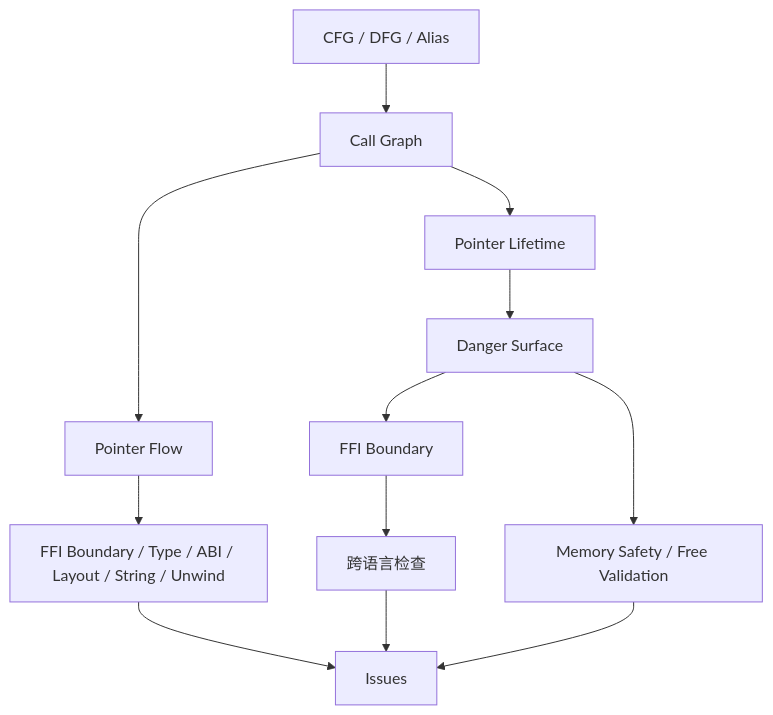
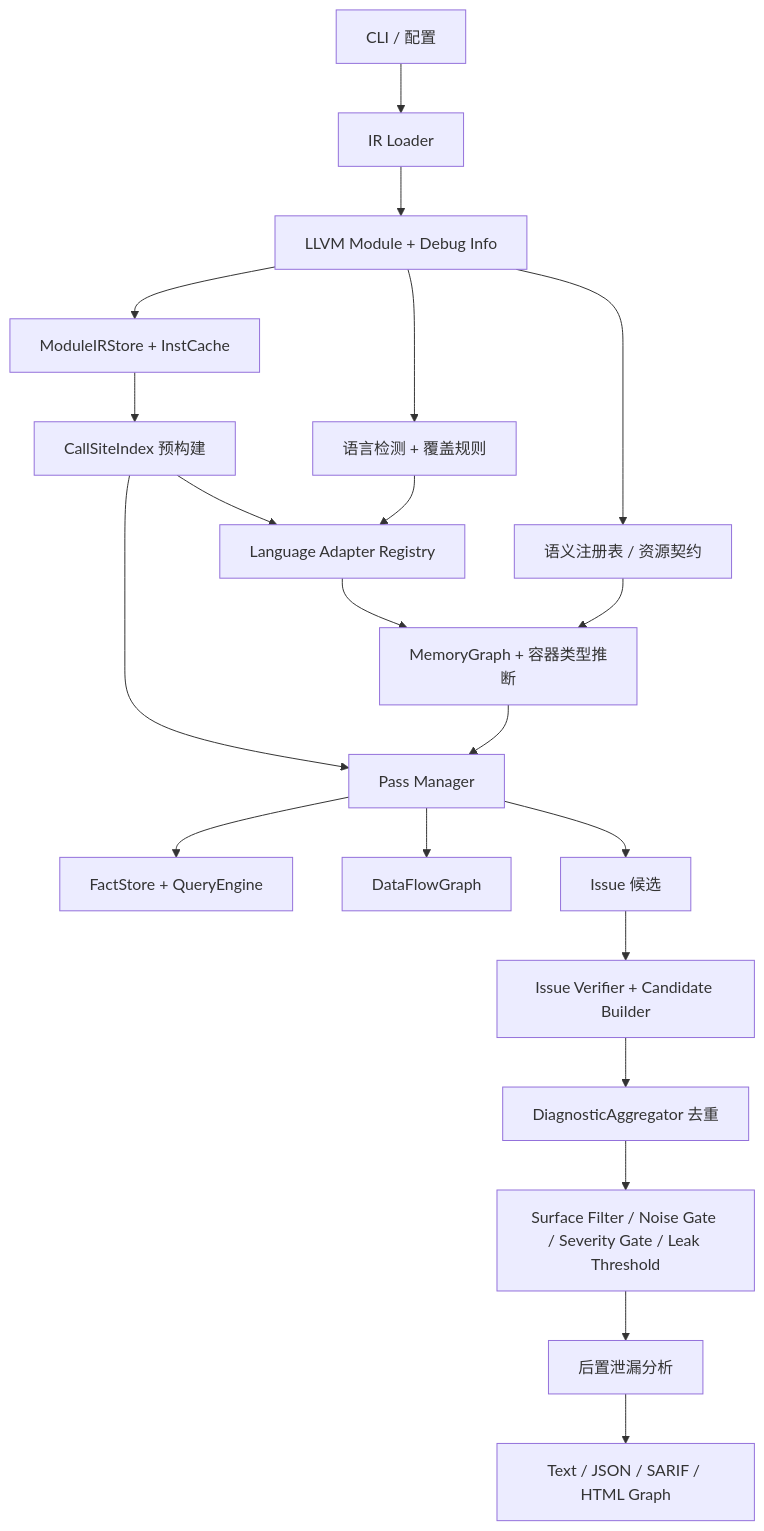
Before and after one commit to Timwood0x10/OmniScope: the first of 2 diagrams in README_zh.md, drawn with Mermaid. The commit also changed other lines of this file and 15 other files, not shown here.

Commit message:
fix(ffi): Fixes segmentation faults in LLVM instruction traversal and cleans up project documentation.

````diff
--- a/README_zh.md
+++ b/README_zh.md
@@ -65,14 +24,23 @@
 ```mermaid
 flowchart TD
-    Base[CFG / DFG / Alias] --> Calls[Call Graph]
-    Calls --> Flow[Pointer Flow]
-    Calls --> Lifetime[Pointer Lifetime]
-    Flow --> FFI[FFI Boundary / Type / ABI / Layout / String / Unwind]
-    Lifetime --> Danger[Danger Surface]
-    Danger --> Boundary[FFI Boundary]
-    Boundary --> Ownership[跨语言检查]
-    Danger --> Safety[Memory Safety / Free Validation]
-    Safety --> Issues[Issues]
-    FFI --> Issues
-    Ownership --> Issues
+    CLI[CLI / 配置] --> Loader[IR Loader]
+    Loader --> Module[LLVM Module + Debug Info]
+    Module --> IRStore[ModuleIRStore + InstCache]
+    Module --> Lang[语言检测 + 覆盖规则]
+    Module --> Sem[语义注册表 / 资源契约]
+    IRStore --> CallIdx[CallSiteIndex 预构建]
+    CallIdx --> Adapter[Language Adapter Registry]
+    Lang --> Adapter
+    Adapter --> MemGraph[MemoryGraph + 容器类型推断]
+    Sem --> MemGraph
+    CallIdx --> Pipeline[Pass Manager]
+    MemGraph --> Pipeline
+    Pipeline --> Facts[FactStore + QueryEngine]
+    Pipeline --> DFG[DataFlowGraph]
+    Pipeline --> Issues[Issue 候选]
+    Issues --> Verify[Issue Verifier + Candidate Builder]
+    Verify --> Agg[DiagnosticAggregator 去重]
+    Agg --> Filter[Surface Filter / Noise Gate / Severity Gate / Leak Threshold]
+    Filter --> Leak[后置泄漏分析]
+    Leak --> Output[Text / JSON / SARIF / HTML Graph]
 ```
````
